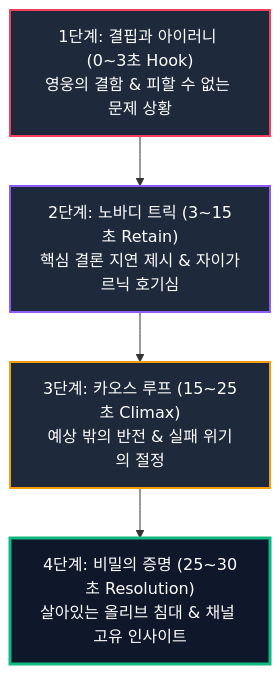
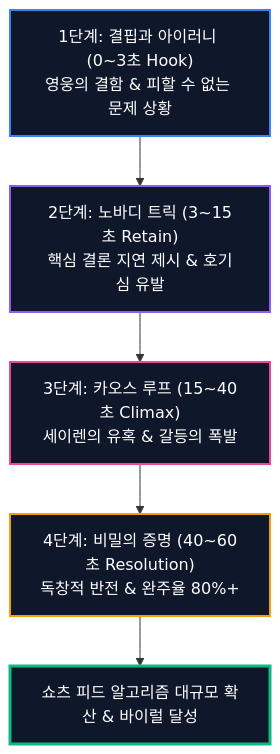
The first of 2 diagrams in src/content/blog/2026-08-29-odyssey-storytelling-retention-framework.md (pandragun-sudo/Lumen-blog), drawn with Mermaid before and after one commit. The commit also changed other lines of this file and 4 other files, not shown here.

````diff
--- a/src/content/blog/2026-08-29-odyssey-storytelling-retention-framework.md
+++ b/src/content/blog/2026-08-29-odyssey-storytelling-retention-framework.md
@@ -26,11 +26,13 @@
 ```mermaid
 flowchart TD
-    H["1단계: 결핍과 아이러니 (0~3초 Hook)<br/>영웅의 결함 & 피할 수 없는 문제 상황"] --> N["2단계: 노바디 트릭 (3~15초 Retain)<br/>핵심 결론 지연 제시 & 자이가르닉 호기심"]
-    N --> C["3단계: 카오스 루프 (15~25초 Climax)<br/>예상 밖의 반전 & 실패 위기의 절정"]
-    C --> P["4단계: 비밀의 증명 (25~30초 Resolution)<br/>살아있는 올리브 침대 & 채널 고유 인사이트"]
+    H["1단계: 결핍과 아이러니 (0~3초 Hook)<br/>영웅의 결함 & 피할 수 없는 문제 상황"] --> N["2단계: 노바디 트릭 (3~15초 Retain)<br/>핵심 결론 지연 제시 & 호기심 유발"]
+    N --> C["3단계: 카오스 루프 (15~40초 Climax)<br/>세이렌의 유혹 & 갈등의 폭발"]
+    C --> R["4단계: 비밀의 증명 (40~60초 Resolution)<br/>독창적 반전 & 완주율 80%+"]
+    R --> P["쇼츠 피드 알고리즘 대규모 확산 & 바이럴 달성"]
 
-    style H fill:#1e293b,stroke:#f43f5e,stroke-width:2px,color:#fff
-    style N fill:#1e293b,stroke:#8b5cf6,stroke-width:2px,color:#fff
-    style C fill:#1e293b,stroke:#f59e0b,stroke-width:2px,color:#fff
+    style H fill:#0f172a,stroke:#3b82f6,stroke-width:2px,color:#fff
+    style N fill:#0f172a,stroke:#8b5cf6,stroke-width:2px,color:#fff
+    style C fill:#0f172a,stroke:#ec4899,stroke-width:2px,color:#fff
+    style R fill:#0f172a,stroke:#f59e0b,stroke-width:2px,color:#fff
     style P fill:#0f172a,stroke:#10b981,stroke-width:3px,color:#fff
 ```
````
